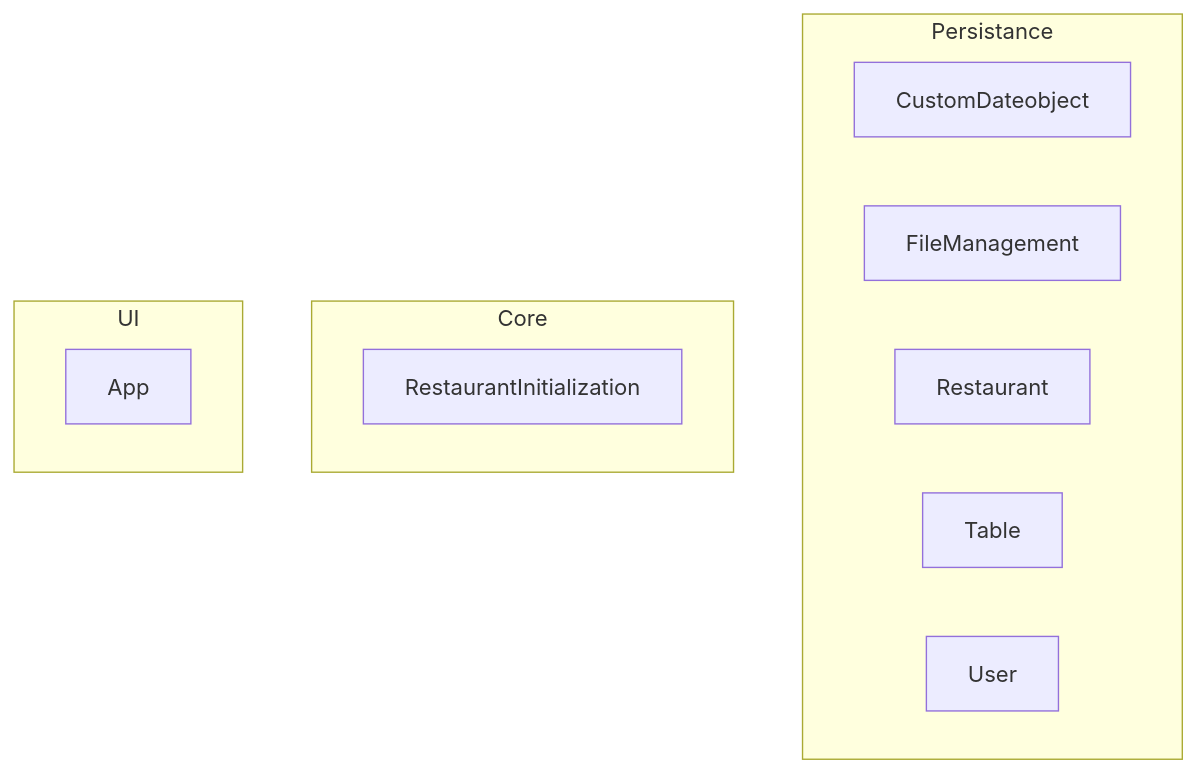
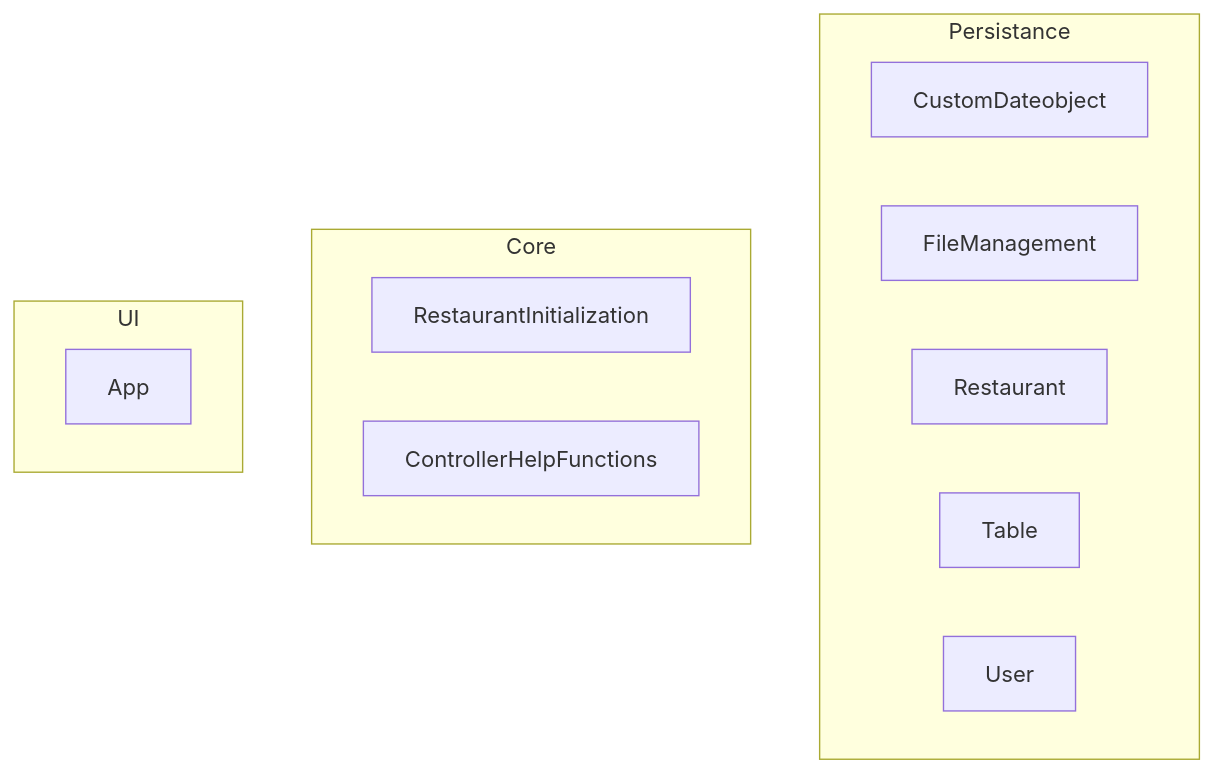
One commit to marsun02/IT1901_Booking_Manager changed the diagram in Package-diagram.md. Above: the diagram before and after it, drawn with Mermaid.

Commit message:
docs: :memo: Added all files to Core package #130

````diff
--- a/Package-diagram.md
+++ b/Package-diagram.md
@@ -1,24 +1,25 @@
 ```mermaid
     graph TD
 
     %% Pakke: Persistance
     subgraph Persistance["Persistance"]
         A1[CustomDateobject]
         A2[FileManagement]
         A3[Restaurant]
         A4[Table]
         A5[User]
 
     end    
 
 
     %% Pakke: Core
     subgraph Core["Core"]
         B1[RestaurantInitialization]
+        B2[ControllerHelpFunctions]
     end   
 
     %% Pakke: UI
     subgraph UI["UI"]
         C1[App]
     end 
 ```
````
